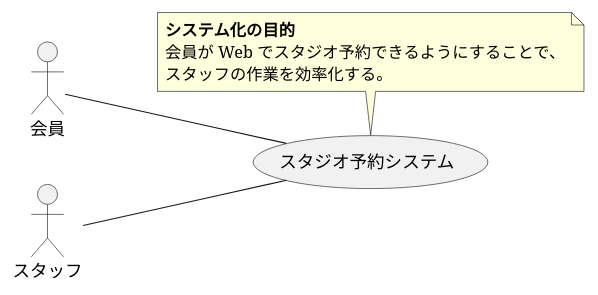
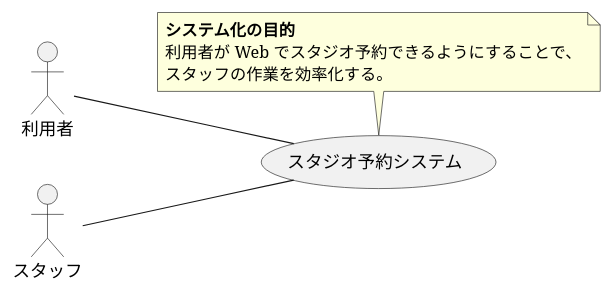
Before and after one commit to TakashiOnawa/ddd-practice-studio-reservation: the diagram in modeling/01_SystemContext.pu, drawn with PlantUML. The commit also changed 13 other files, not shown here.

```diff
--- a/modeling/01_SystemContext.pu
+++ b/modeling/01_SystemContext.pu
@@ -1,19 +1,19 @@
 @startuml SystemContext
 
 left to right direction
 
-actor 会員
+actor 利用者
 actor スタッフ
 
 usecase (スタジオ予約システム) as studioReservationSystem
 
-会員 -- studioReservationSystem
+利用者 -- studioReservationSystem
 スタッフ -- studioReservationSystem
 
 note top of studioReservationSystem
 <b>システム化の目的</b>
-会員が Web でスタジオ予約できるようにすることで、
+利用者が Web でスタジオ予約できるようにすることで、
 スタッフの作業を効率化する。
 end note
 
 @enduml
```
